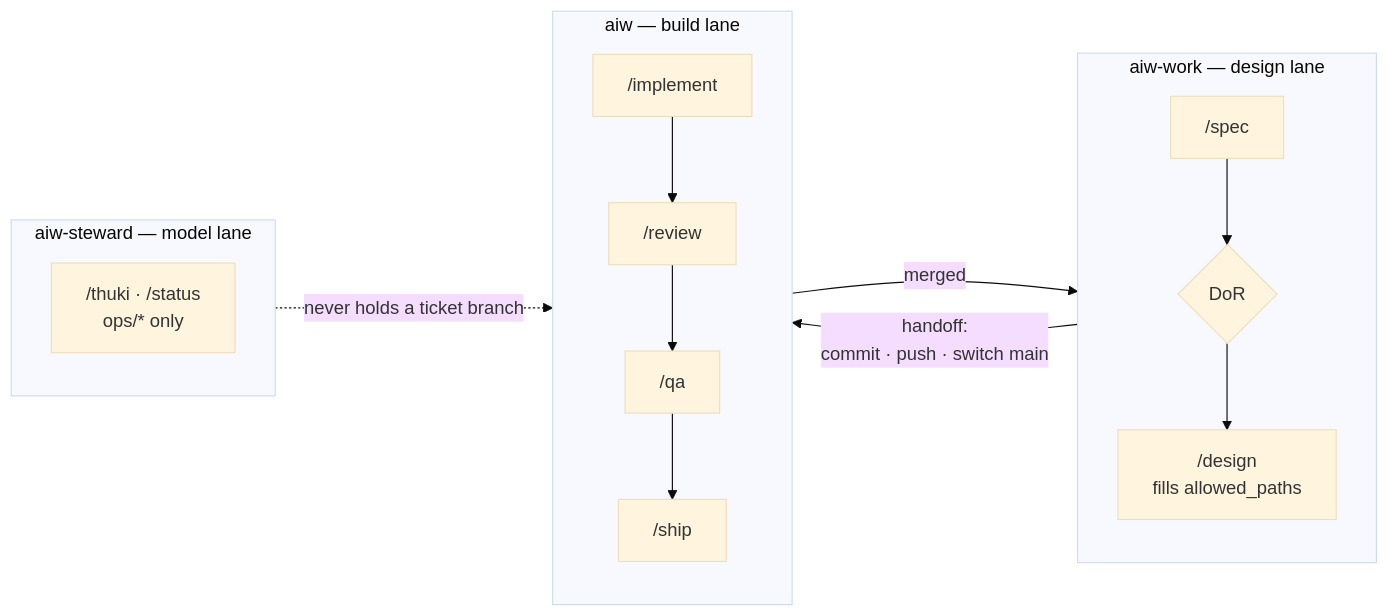
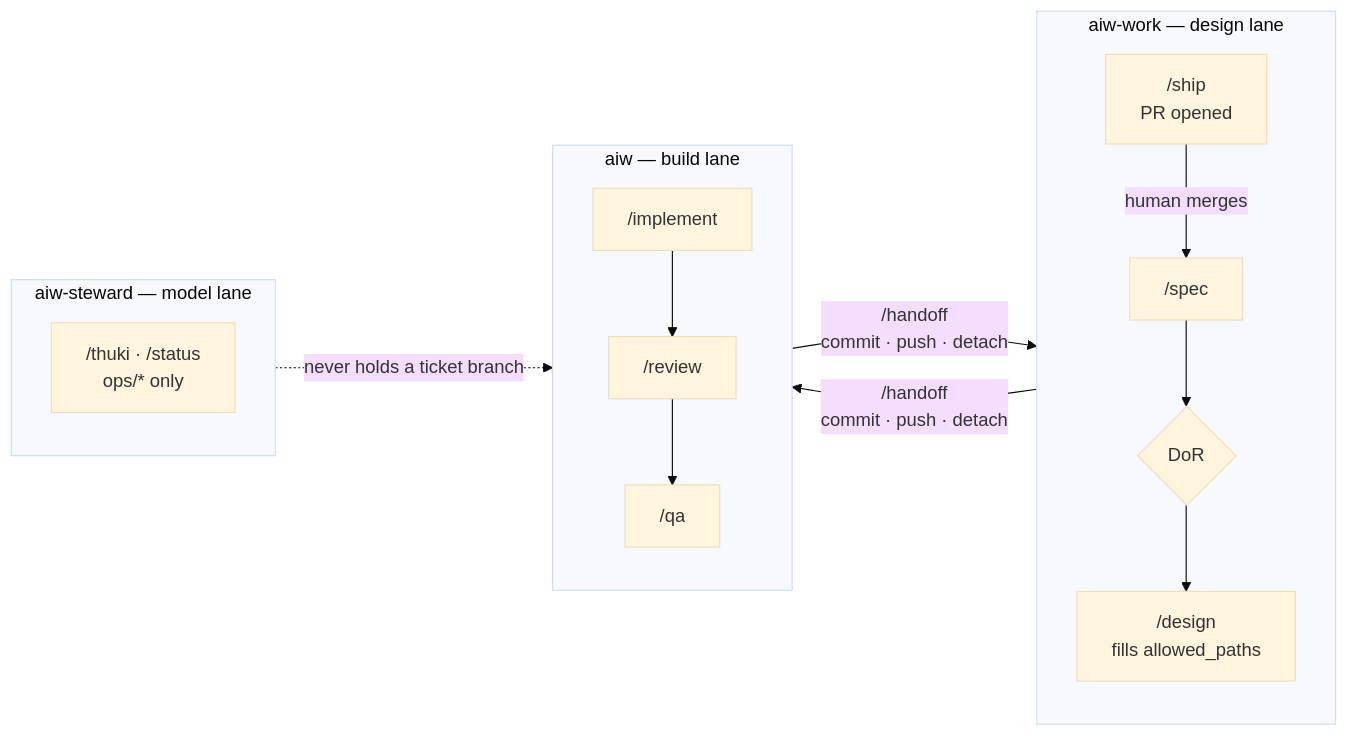
The diagram in .ai/standards/session-model.md (didi-code0980/seatseat-aifw), drawn with Mermaid (base theme) before and after one commit. The commit also changed other lines of this file and 9 other files, not shown here.

````diff
--- a/.ai/standards/session-model.md
+++ b/.ai/standards/session-model.md
@@ -120,18 +130,20 @@
 ```mermaid
 flowchart LR
   subgraph W["aiw-work — design lane"]
     direction TB
     S["/spec"] --> D0{"DoR"} --> D["/design<br/>fills allowed_paths"]
+    SH["/ship<br/>PR opened"]
   end
   subgraph A["aiw — build lane"]
     direction TB
-    I["/implement"] --> R["/review"] --> Q["/qa"] --> SH["/ship"]
+    I["/implement"] --> R["/review"] --> Q["/qa"]
   end
   subgraph C["aiw-steward — model lane"]
     direction TB
     T["/thuki · /status<br/>ops/* only"]
   end
-  D -- "handoff:<br/>commit · push · switch main" --> I
-  SH -- "merged" --> S
+  D -- "/handoff<br/>commit · push · detach" --> I
+  Q -- "/handoff<br/>commit · push · detach" --> SH
+  SH -- "human merges" --> S
   C -.->|"never holds a ticket branch"| A
 ```
````
